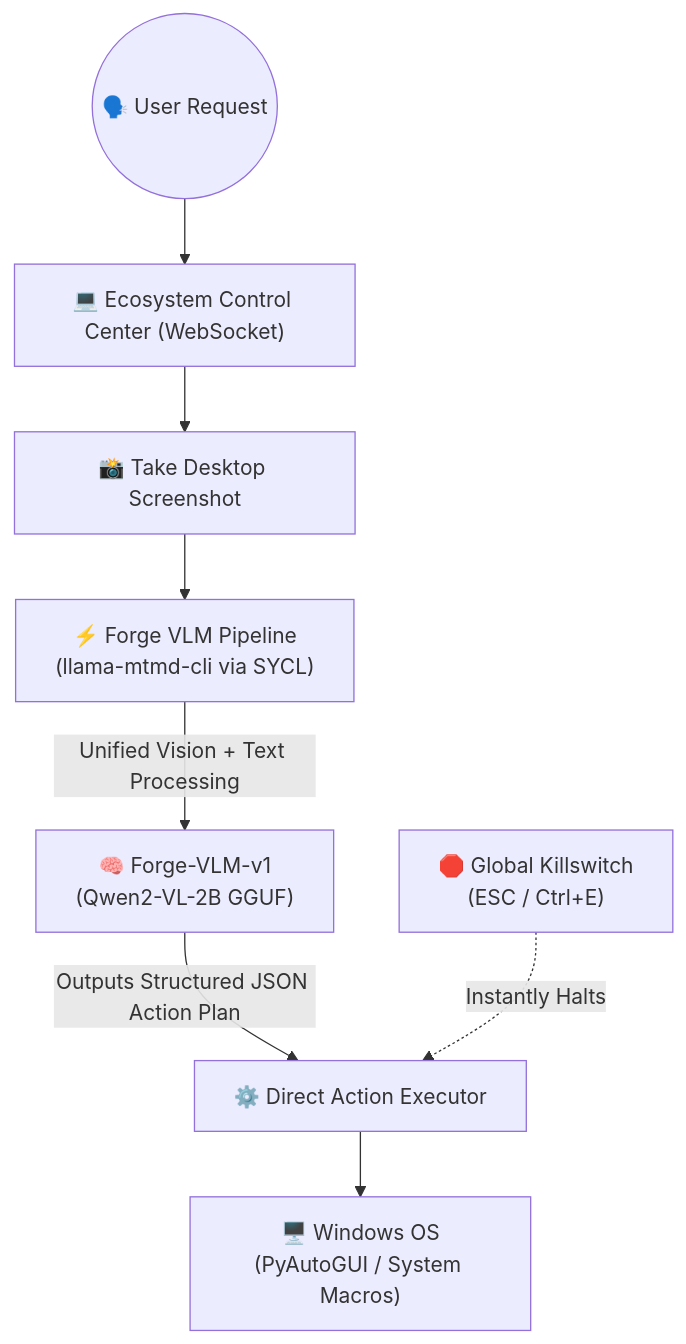
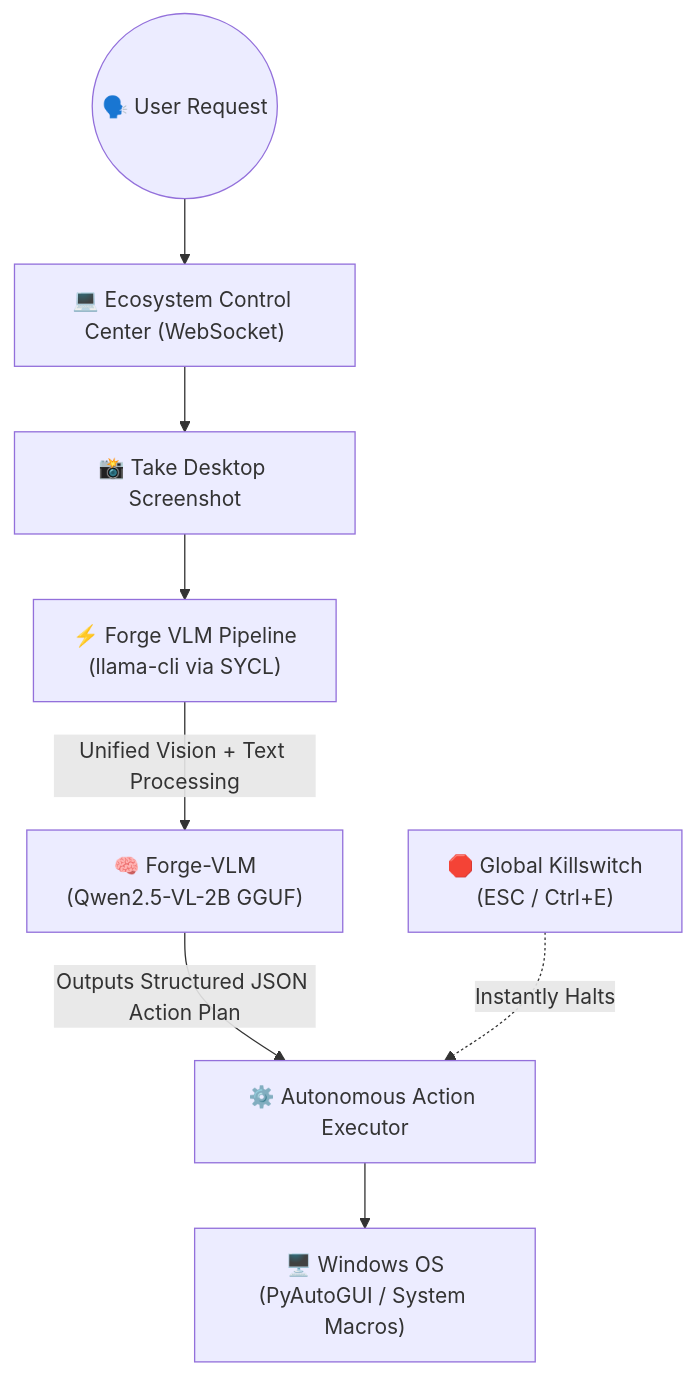
The diagram in README.md (Anikesh0415/Forge), drawn with Mermaid before and after one commit. The commit also changed other lines of this file, not shown here.

Commit message:
docs: completely rewrite README for new Qwen2-VL SYCL architecture

````diff
--- a/README.md
+++ b/README.md
@@ -11,19 +11,19 @@
 ```mermaid
 graph TD
     User(("🗣️ User Request")) --> UI["💻 Ecosystem Control Center (WebSocket)"]
     
     %% VLM Pipeline
     UI --> Screenshot["📸 Take Desktop Screenshot"]
-    Screenshot --> Inference["⚡ Forge VLM Pipeline\n(llama-mtmd-cli via SYCL)"]
+    Screenshot --> Inference["⚡ Forge VLM Pipeline\n(llama-cli via SYCL)"]
     
-    Inference -->|Unified Vision + Text Processing| Qwen["🧠 Forge-VLM-v1\n(Qwen2-VL-2B GGUF)"]
+    Inference -->|Unified Vision + Text Processing| Qwen["🧠 Forge-VLM\n(Qwen2.5-VL-2B GGUF)"]
     
     %% Execution
-    Qwen -->|Outputs Structured JSON Action Plan| Executor["⚙️ Direct Action Executor"]
+    Qwen -->|Outputs Structured JSON Action Plan| Executor["⚙️ Autonomous Action Executor"]
     
     %% Global Safeguard
     Killswitch["🛑 Global Killswitch\n(ESC / Ctrl+E)"] -.->|Instantly Halts| Executor
     
     %% OS Level Execution
     Executor --> TargetApp["🖥️ Windows OS\n(PyAutoGUI / System Macros)"]
 ```
````
